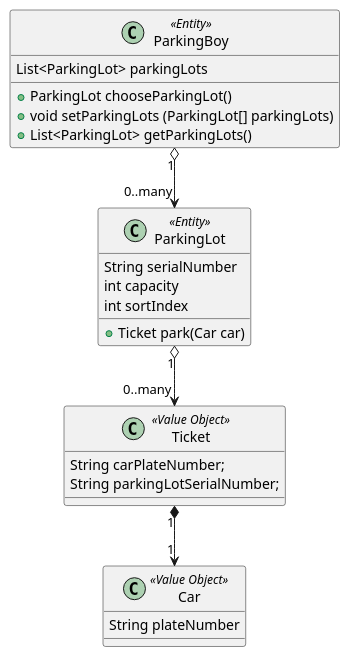
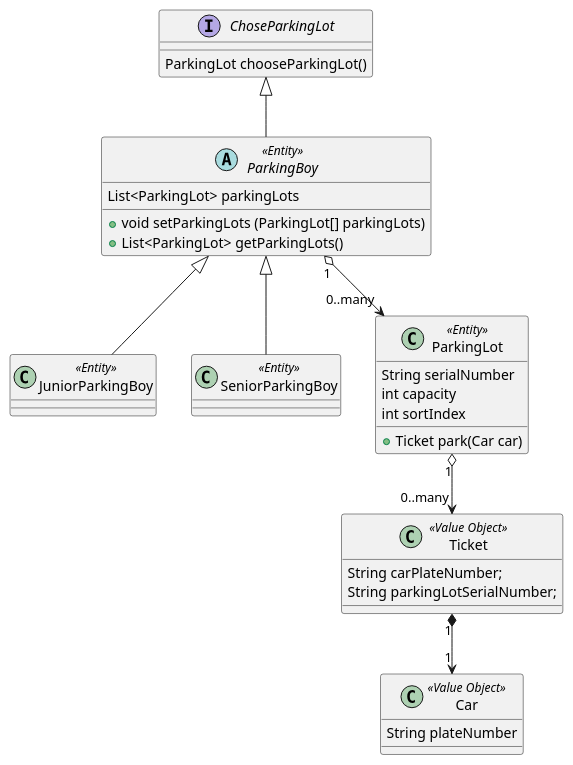
The diagram in ParkingLotsManagement.puml (chenyu530324/ddd-workshop-parkingboy), drawn with PlantUML before and after one commit. The commit also changed 7 other files, not shown here.

Commit message:
Finished Junior and Senior parking boy

```diff
--- a/ParkingLotsManagement.puml
+++ b/ParkingLotsManagement.puml
@@ -1,33 +1,48 @@
 @startuml
 
+Interface ChoseParkingLot {
+  ParkingLot chooseParkingLot()
+}
 
-Class ParkingBoy << Entity >> {
+Abstract Class ParkingBoy << Entity >> {
   List<ParkingLot> parkingLots
 
-  + ParkingLot chooseParkingLot()
   + void setParkingLots (ParkingLot[] parkingLots)
   + List<ParkingLot> getParkingLots()
 }
+
+Class JuniorParkingBoy << Entity >> {
+
+}
+
+Class SeniorParkingBoy << Entity >> {
+
+}
+
 
 class ParkingLot << Entity >> {
   String serialNumber
   int capacity 
   int sortIndex
   + Ticket park(Car car)
 }
 
 Class Car << Value Object >> {
     String plateNumber
 }
 
 Class Ticket << Value Object >> {
   String carPlateNumber;
   String parkingLotSerialNumber;
 }
 
 Ticket "1" *--> "1" Car
 ParkingLot "1" o--> "0..many" Ticket
 ParkingBoy "1" o--> "0..many" ParkingLot
+ChoseParkingLot <|-- ParkingBoy
+ParkingBoy <|-- JuniorParkingBoy
+ParkingBoy <|-- SeniorParkingBoy
+
 
 
 @enduml
```
